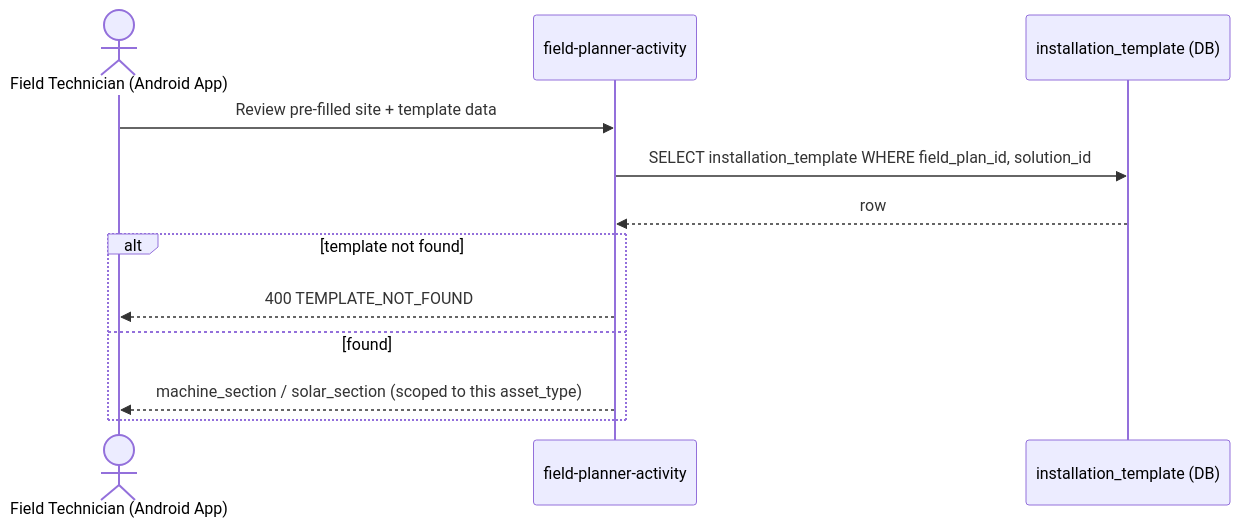
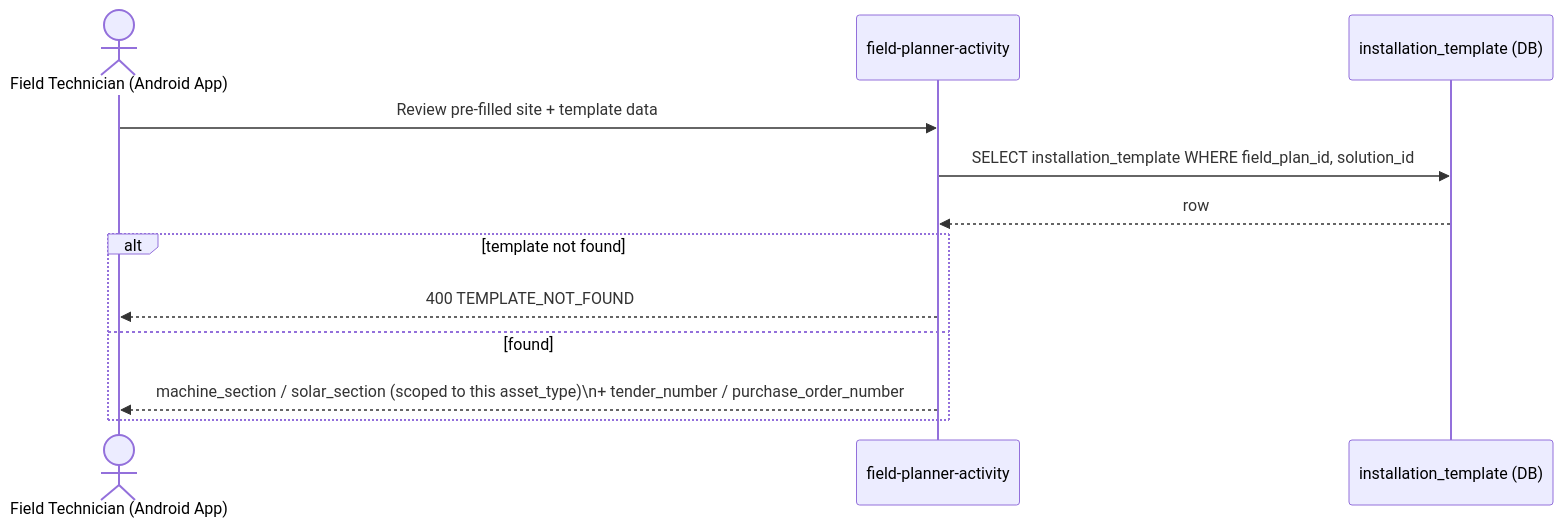
Diagram 14 of 33 in Z_docs/Livelihood_installation/Livelihood_Installation_Flow_Diagrams.md (Selco-Foundation/Selco-Livelihood), drawn with Mermaid before and after one commit. The commit also changed other lines of this file and 3 other files, not shown here.

````diff
--- a/Z_docs/Livelihood_installation/Livelihood_Installation_Flow_Diagrams.md
+++ b/Z_docs/Livelihood_installation/Livelihood_Installation_Flow_Diagrams.md
@@ -909,15 +917,15 @@
 ```mermaid
 sequenceDiagram
     actor FT as Field Technician (Android App)
     participant FPA as field-planner-activity
     participant DB as installation_template (DB)
 
     FT->>FPA: Review pre-filled site + template data
     FPA->>DB: SELECT installation_template WHERE field_plan_id, solution_id
     DB-->>FPA: row
     alt template not found
         FPA-->>FT: 400 TEMPLATE_NOT_FOUND
     else found
-        FPA-->>FT: machine_section / solar_section (scoped to this asset_type)
+        FPA-->>FT: machine_section / solar_section (scoped to this asset_type)\n+ tender_number / purchase_order_number
     end
 ```
````
